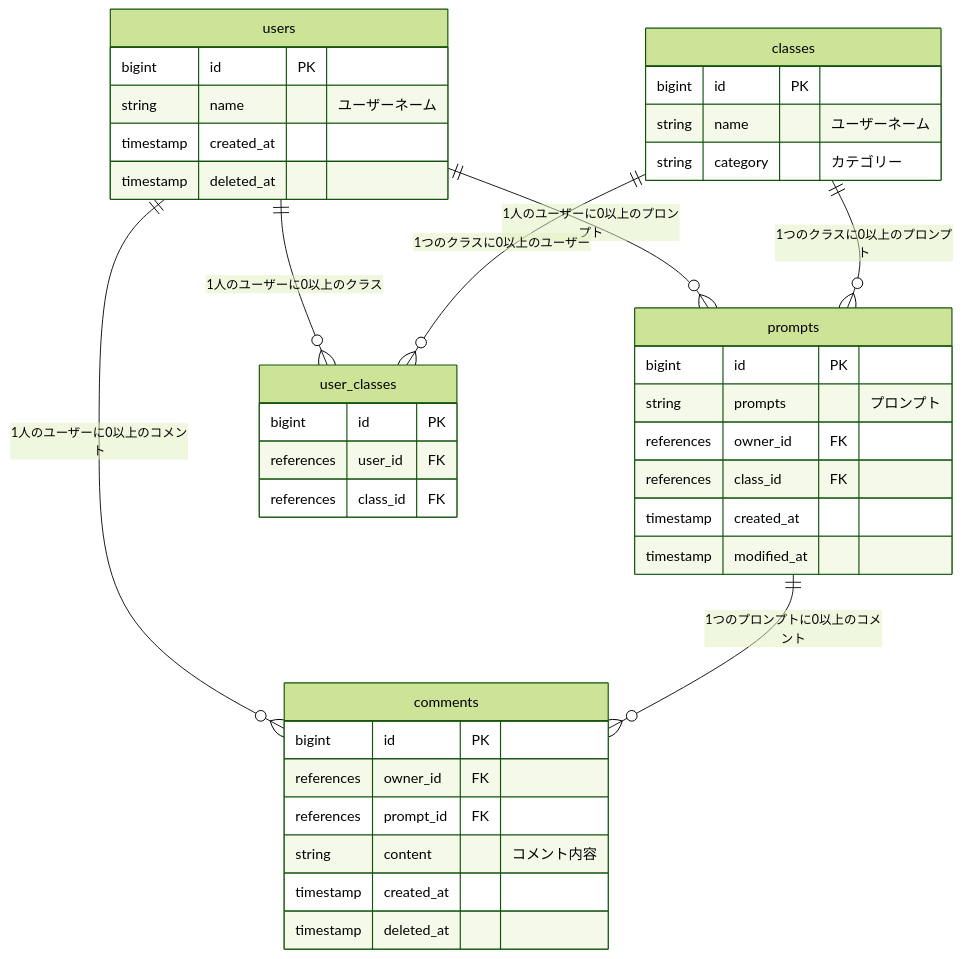
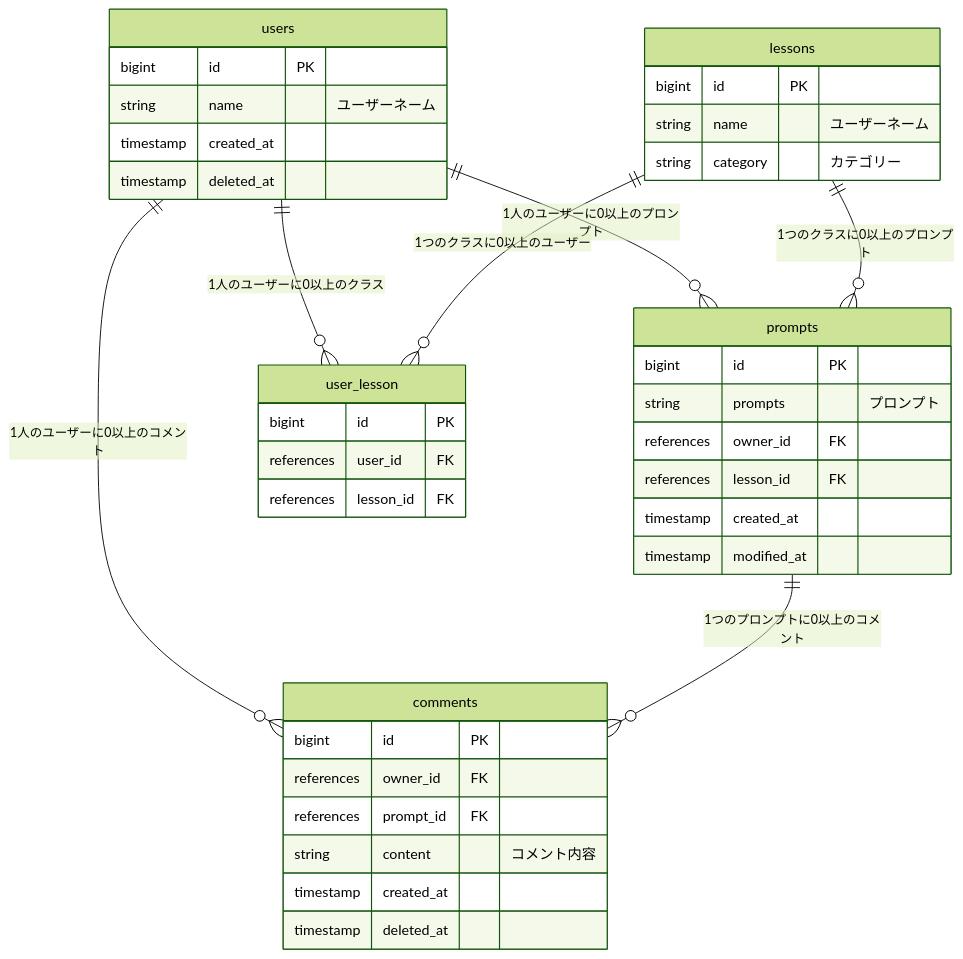
Before and after one commit to KeishiIrisa/utokyo_prompts: the diagram in README.md, drawn with Mermaid (forest theme).

````diff
--- a/README.md
+++ b/README.md
@@ -1,47 +1,47 @@
 ```mermaid
 erDiagram
     users ||--o{ comments : "1人のユーザーに0以上のコメント"
     users ||--o{ prompts : "1人のユーザーに0以上のプロンプト"
-    users ||--O{ user_classes : "1人のユーザーに0以上のクラス"
-    classes ||--O{ user_classes : "1つのクラスに0以上のユーザー"
+    users ||--O{ user_lesson : "1人のユーザーに0以上のクラス"
+    lessons ||--O{ user_lesson : "1つのクラスに0以上のユーザー"
     prompts ||--o{ comments : "1つのプロンプトに0以上のコメント"
-    classes ||--o{ prompts : "1つのクラスに0以上のプロンプト"
+    lessons ||--o{ prompts : "1つのクラスに0以上のプロンプト"
 
     users {
         bigint id PK
         string name "ユーザーネーム"
         timestamp created_at
         timestamp deleted_at
     }
 
-    classes {
+    lessons {
         bigint id PK
         string name "ユーザーネーム"
         string category "カテゴリー"
     }
 
     prompts {
         bigint id PK
         string prompts "プロンプト"
         references owner_id FK
-        references class_id FK
+        references lesson_id FK
         timestamp created_at
         timestamp modified_at
     }
 
     comments {
         bigint id PK
         references owner_id FK
         references prompt_id FK
         string content "コメント内容"
         timestamp created_at
         timestamp deleted_at
     }
 
-    user_classes {
+    user_lesson {
         bigint id PK
         references user_id FK
-        references class_id FK
+        references lesson_id FK
     }
   
 ```
````
